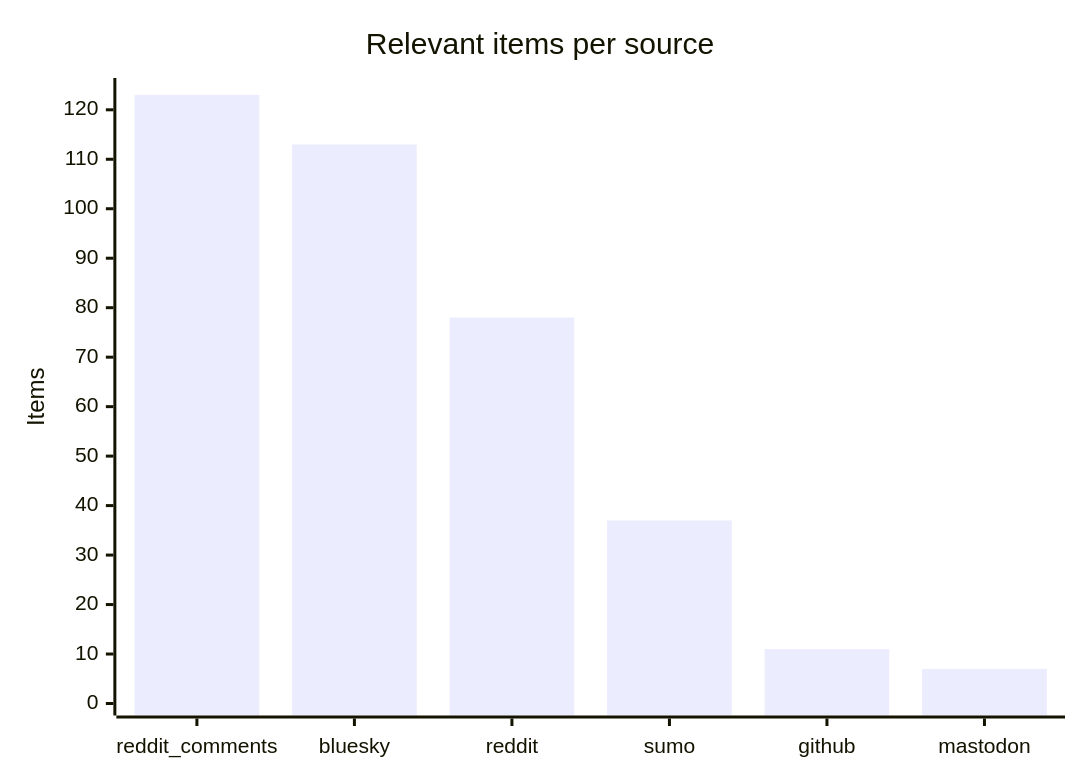
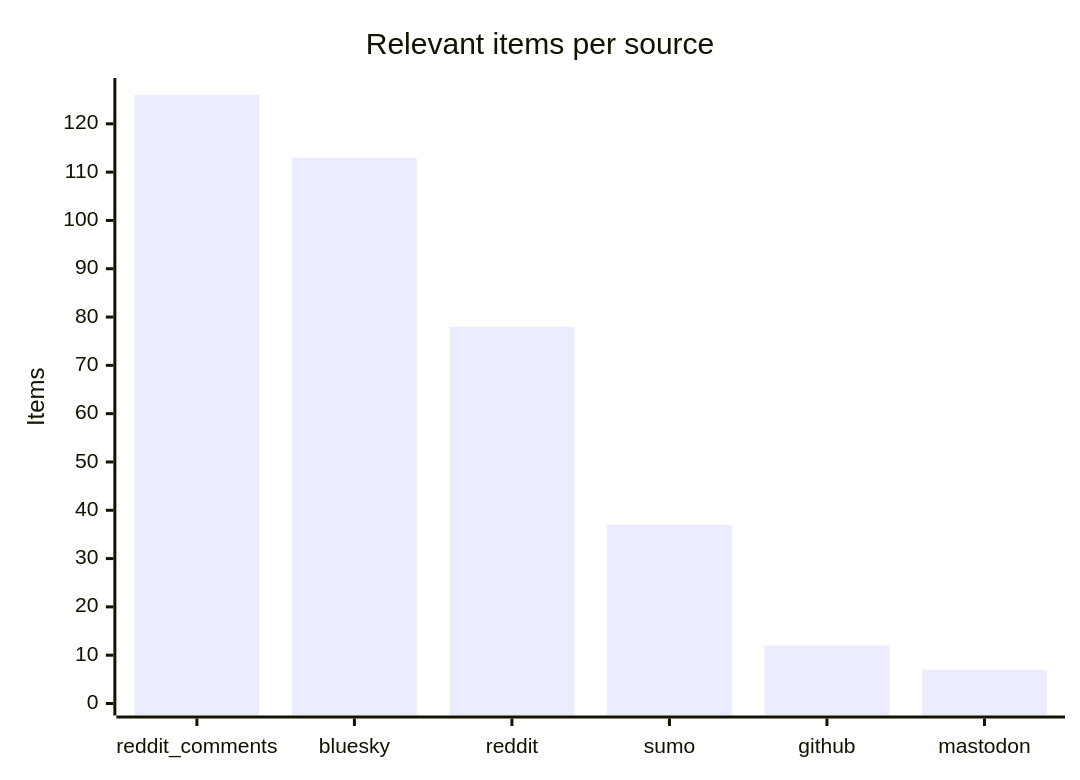
The third of 4 diagrams in README.md (martinbalfanz/social-scanner-reports), drawn with Mermaid before and after one commit. The commit also changed other lines of this file and 6 other files, not shown here.

````diff
--- a/README.md
+++ b/README.md
@@ -48,7 +48,7 @@
 ```mermaid
 xychart-beta
     title "Relevant items per source"
     x-axis ["reddit_comments", "bluesky", "reddit", "sumo", "github", "mastodon"]
-    y-axis "Items" 0 --> 124
-    bar [123, 113, 78, 37, 11, 7]
+    y-axis "Items" 0 --> 127
+    bar [126, 113, 78, 37, 12, 7]
 ```
````
